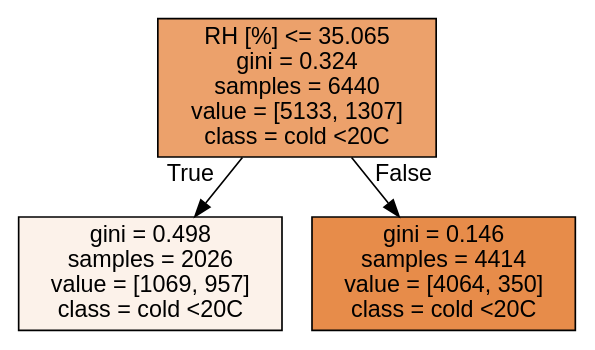
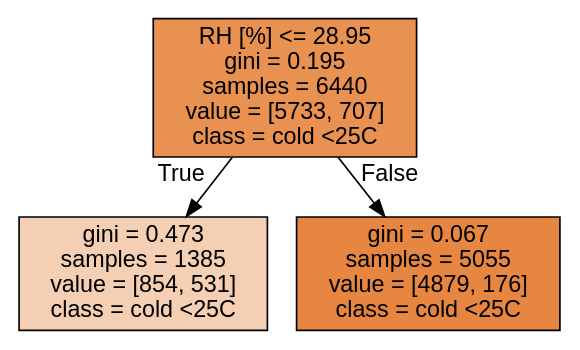
Before and after one commit to eabarnes1010/course_ml_ats: the diagram in figures/tree_classifier_christman.dot, drawn with Graphviz. The commit also changed 2 other files, not shown here.

```diff
--- a/figures/tree_classifier_christman.dot
+++ b/figures/tree_classifier_christman.dot
@@ -1,9 +1,9 @@
 digraph Tree {
 node [shape=box, style="filled", color="black", fontname="helvetica"] ;
 edge [fontname="helvetica"] ;
-0 [label="RH [%] <= 35.065\ngini = 0.324\nsamples = 6440\nvalue = [5133, 1307]\nclass = cold <20C", fillcolor="#eca16b"] ;
-1 [label="gini = 0.498\nsamples = 2026\nvalue = [1069, 957]\nclass = cold <20C", fillcolor="#fcf2ea"] ;
+0 [label="RH [%] <= 28.95\ngini = 0.195\nsamples = 6440\nvalue = [5733, 707]\nclass = cold <25C", fillcolor="#e89151"] ;
+1 [label="gini = 0.473\nsamples = 1385\nvalue = [854, 531]\nclass = cold <25C", fillcolor="#f5cfb4"] ;
 0 -> 1 [labeldistance=2.5, labelangle=45, headlabel="True"] ;
-2 [label="gini = 0.146\nsamples = 4414\nvalue = [4064, 350]\nclass = cold <20C", fillcolor="#e78c4a"] ;
+2 [label="gini = 0.067\nsamples = 5055\nvalue = [4879, 176]\nclass = cold <25C", fillcolor="#e68640"] ;
 0 -> 2 [labeldistance=2.5, labelangle=-45, headlabel="False"] ;
 }
```
